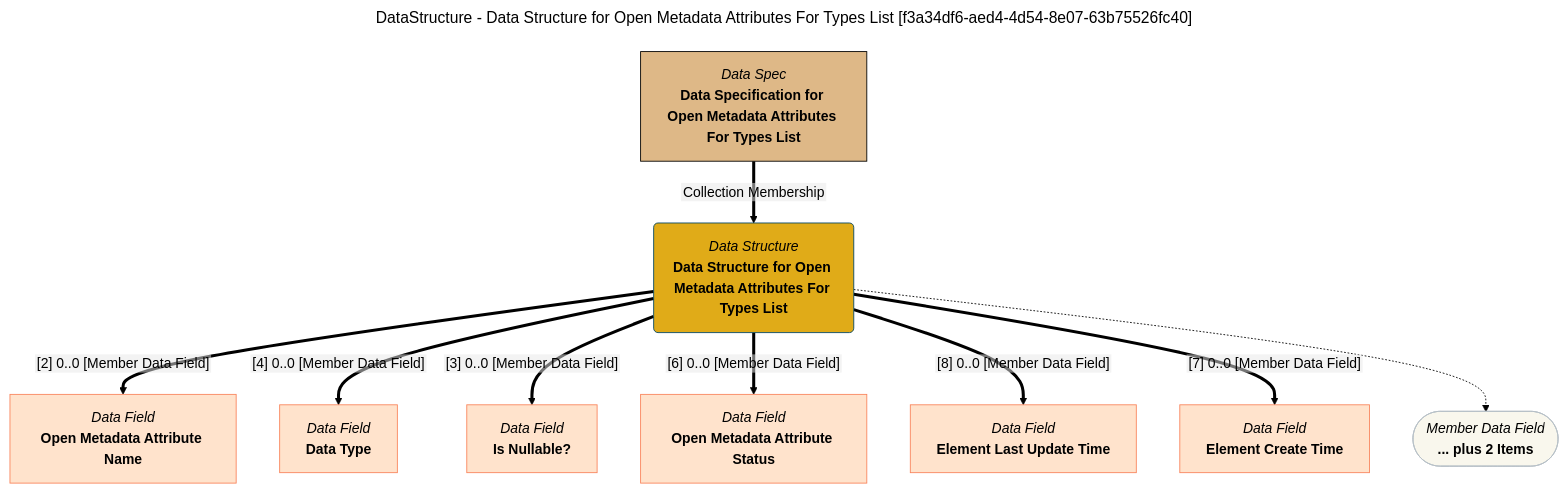
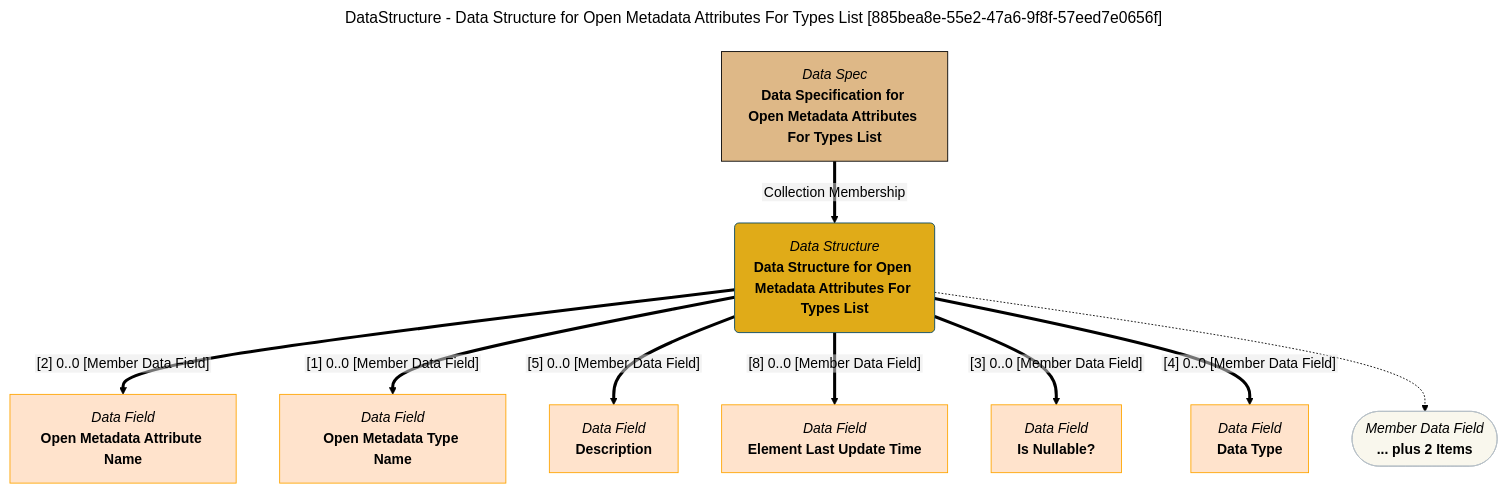
One commit to odpi/egeria-docs changed the diagram in site/snippets/data-structures/data-structure-for-open-metadata-attributes-for-types-list-mermaid-graph.md. Above: the diagram before and after it, drawn with Mermaid (forest theme). The commit also changed 2201 other files, not shown here.

````diff
--- a/site/snippets/data-structures/data-structure-for-open-metadata-attributes-for-types-list-mermaid-graph.md
+++ b/site/snippets/data-structures/data-structure-for-open-metadata-attributes-for-types-list-mermaid-graph.md
@@ -1,43 +1,43 @@
 ```mermaid
 ---
-title: DataStructure - Data Structure for Open Metadata Attributes For Types List [f3a34df6-aed4-4d54-8e07-63b75526fc40]
+title: DataStructure - Data Structure for Open Metadata Attributes For Types List [885bea8e-55e2-47a6-9f8f-57eed7e0656f]
 ---
 flowchart TD
 %%{init: {"flowchart": {"htmlLabels": false}} }%%
 
 1@{ shape: rounded, label: "*Data Structure*
 **Data Structure for Open Metadata Attributes For Types List**"}
 2@{ shape: rect, label: "*Data Spec*
 **Data Specification for Open Metadata Attributes For Types List**"}
 2==>|"Collection Membership"|1
 3@{ shape: rect, label: "*Data Field*
 **Open Metadata Attribute Name**"}
 1==>|"[2] 0..0 [Member Data Field]"|3
 4@{ shape: rect, label: "*Data Field*
+**Open Metadata Type Name**"}
+1==>|"[1] 0..0 [Member Data Field]"|4
+5@{ shape: rect, label: "*Data Field*
+**Description**"}
+1==>|"[5] 0..0 [Member Data Field]"|5
+6@{ shape: rect, label: "*Data Field*
+**Element Last Update Time**"}
+1==>|"[8] 0..0 [Member Data Field]"|6
+7@{ shape: rect, label: "*Data Field*
+**Is Nullable?**"}
+1==>|"[3] 0..0 [Member Data Field]"|7
+8@{ shape: rect, label: "*Data Field*
 **Data Type**"}
-1==>|"[4] 0..0 [Member Data Field]"|4
-5@{ shape: rect, label: "*Data Field*
-**Is Nullable?**"}
-1==>|"[3] 0..0 [Member Data Field]"|5
-6@{ shape: rect, label: "*Data Field*
-**Open Metadata Attribute Status**"}
-1==>|"[6] 0..0 [Member Data Field]"|6
-7@{ shape: rect, label: "*Data Field*
-**Element Last Update Time**"}
-1==>|"[8] 0..0 [Member Data Field]"|7
-8@{ shape: rect, label: "*Data Field*
-**Element Create Time**"}
-1==>|"[7] 0..0 [Member Data Field]"|8
+1==>|"[4] 0..0 [Member Data Field]"|8
 9@{ shape: stadium, label: "*Member Data Field*
 **... plus 2 Items**"}
 1-.->9
 style 1 color:#000000, fill:#e0ab18, stroke:#004563
-style 2 color:#000000, fill:#deb887, stroke:#000000
-style 3 color:#000000, fill:#ffe3cc, stroke:#f9845b
-style 4 color:#000000, fill:#ffe3cc, stroke:#f9845b
-style 5 color:#000000, fill:#ffe3cc, stroke:#f9845b
-style 6 color:#000000, fill:#ffe3cc, stroke:#f9845b
-style 7 color:#000000, fill:#ffe3cc, stroke:#f9845b
-style 8 color:#000000, fill:#ffe3cc, stroke:#f9845b
+style 2 color:#000000, fill:#DEB887, stroke:#000000
+style 3 color:#000000, fill:#ffe3cc, stroke:#FFA500
+style 4 color:#000000, fill:#ffe3cc, stroke:#FFA500
+style 5 color:#000000, fill:#ffe3cc, stroke:#FFA500
+style 6 color:#000000, fill:#ffe3cc, stroke:#FFA500
+style 7 color:#000000, fill:#ffe3cc, stroke:#FFA500
+style 8 color:#000000, fill:#ffe3cc, stroke:#FFA500
 style 9 color:#000000, fill:#F9F7ED, stroke:#b7c0c7
 ```
````
